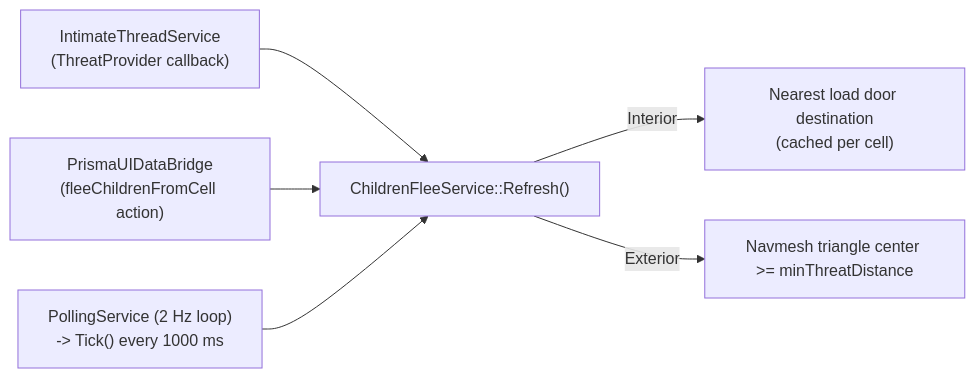
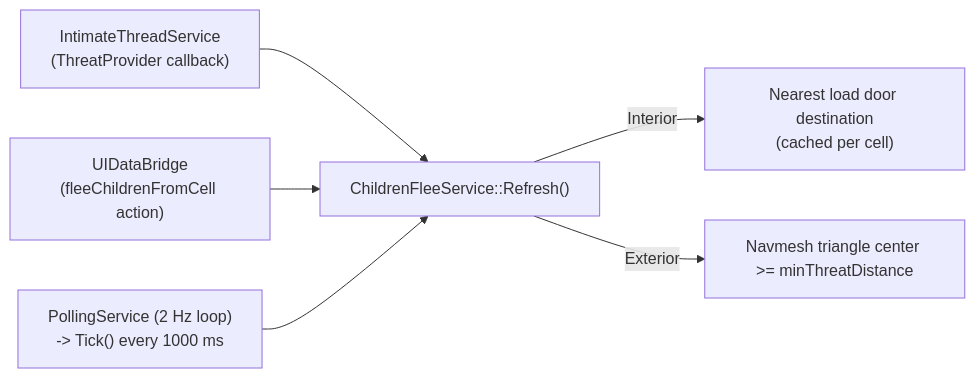
One commit to tetherball88/maras changed the diagram in docs/modder/services/ChildrenFleeService.md. Above: the diagram before and after it, drawn with Mermaid. The commit also changed other lines of this file and 311 other files, not shown here.

````diff
--- a/docs/modder/services/ChildrenFleeService.md
+++ b/docs/modder/services/ChildrenFleeService.md
@@ -21,8 +21,8 @@
 ```mermaid
 flowchart LR
     ITS["IntimateThreadService\n(ThreatProvider callback)"] --> CFS["ChildrenFleeService::Refresh()"]
-    UI["PrismaUIDataBridge\n(fleeChildrenFromCell action)"] --> CFS
+    UI["UIDataBridge\n(fleeChildrenFromCell action)"] --> CFS
     PS["PollingService (2 Hz loop)\n-> Tick() every 1000 ms"] --> CFS
     CFS -->|"Interior"| EXIT["Nearest load door destination\n(cached per cell)"]
     CFS -->|"Exterior"| NAV["Navmesh triangle center >= minThreatDistance"]
 ```
````
